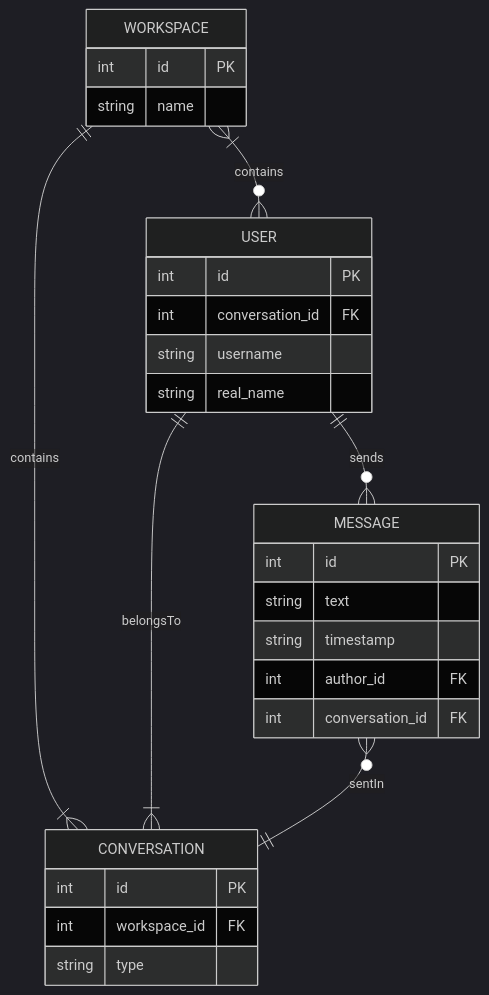
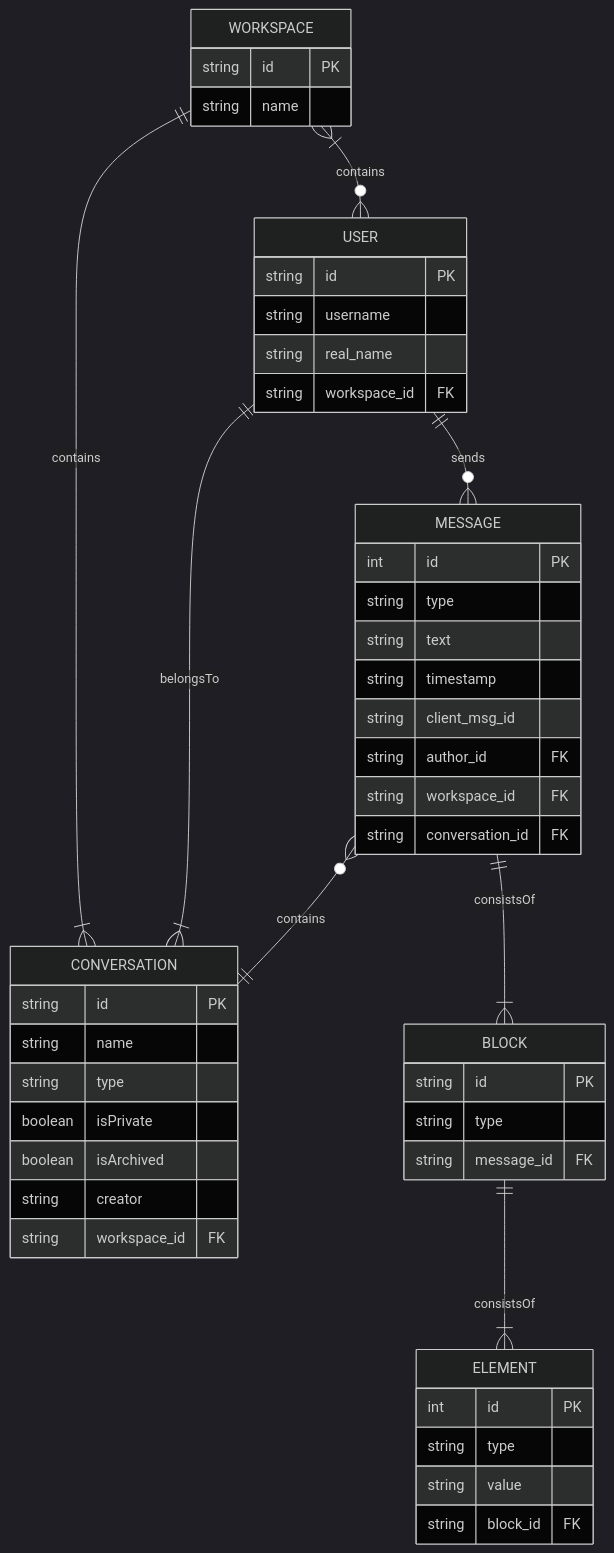
The diagram in documentation/docs/system-architecture/design.md (Capstone-Projects-2026-spring/project-structuring-unstructured-data), drawn with Mermaid (dark theme) before and after one commit. The commit also changed other lines of this file, not shown here.

Commit message:
updated raw data schema representation

````diff
--- a/documentation/docs/system-architecture/design.md
+++ b/documentation/docs/system-architecture/design.md
@@ -35,35 +35,54 @@
 ```mermaid
 erDiagram
     WORKSPACE }|--o{ USER : contains
     WORKSPACE ||--|{ CONVERSATION : contains
 
-
     USER ||--|{ CONVERSATION : belongsTo
     USER ||--o{ MESSAGE : sends
-    MESSAGE }o--|| CONVERSATION : sentIn
 
+    MESSAGE }o--|| CONVERSATION : contains
+    MESSAGE ||--|{ BLOCK : consistsOf
+    BLOCK ||--|{ ELEMENT : consistsOf
 
     WORKSPACE {
-        int id PK
+        string id PK
         string name
     }
     USER {
-        int id PK
-        int conversation_id FK
+        string id PK
         string username
         string real_name
+        string workspace_id FK
+    }
+    CONVERSATION {
+        string id PK
+        string name
+        string type
+        boolean isPrivate
+        boolean isArchived
+        string creator
+        string workspace_id FK
     }
     MESSAGE {
         int id PK
+        string type
         string text
         string timestamp
-        int author_id FK
-        int conversation_id FK
+        string client_msg_id
+        string author_id FK
+        string workspace_id FK
+        string conversation_id FK
         
     }
-    CONVERSATION {
+    BLOCK {
+        string id PK
+        string type
+        string message_id FK
+    }
+    ELEMENT {
         int id PK
-        int workspace_id FK
         string type
+        string value
+        string block_id FK
     }
 ```
````
